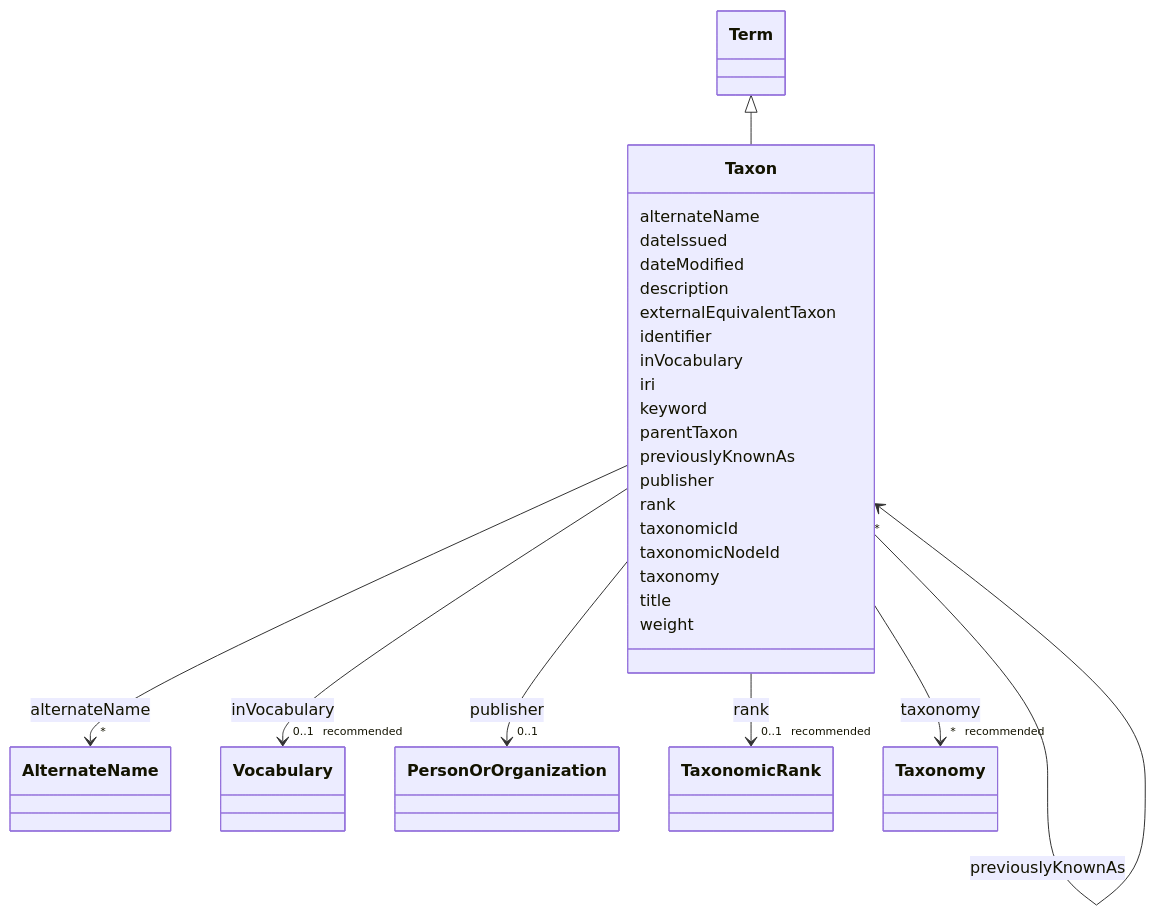
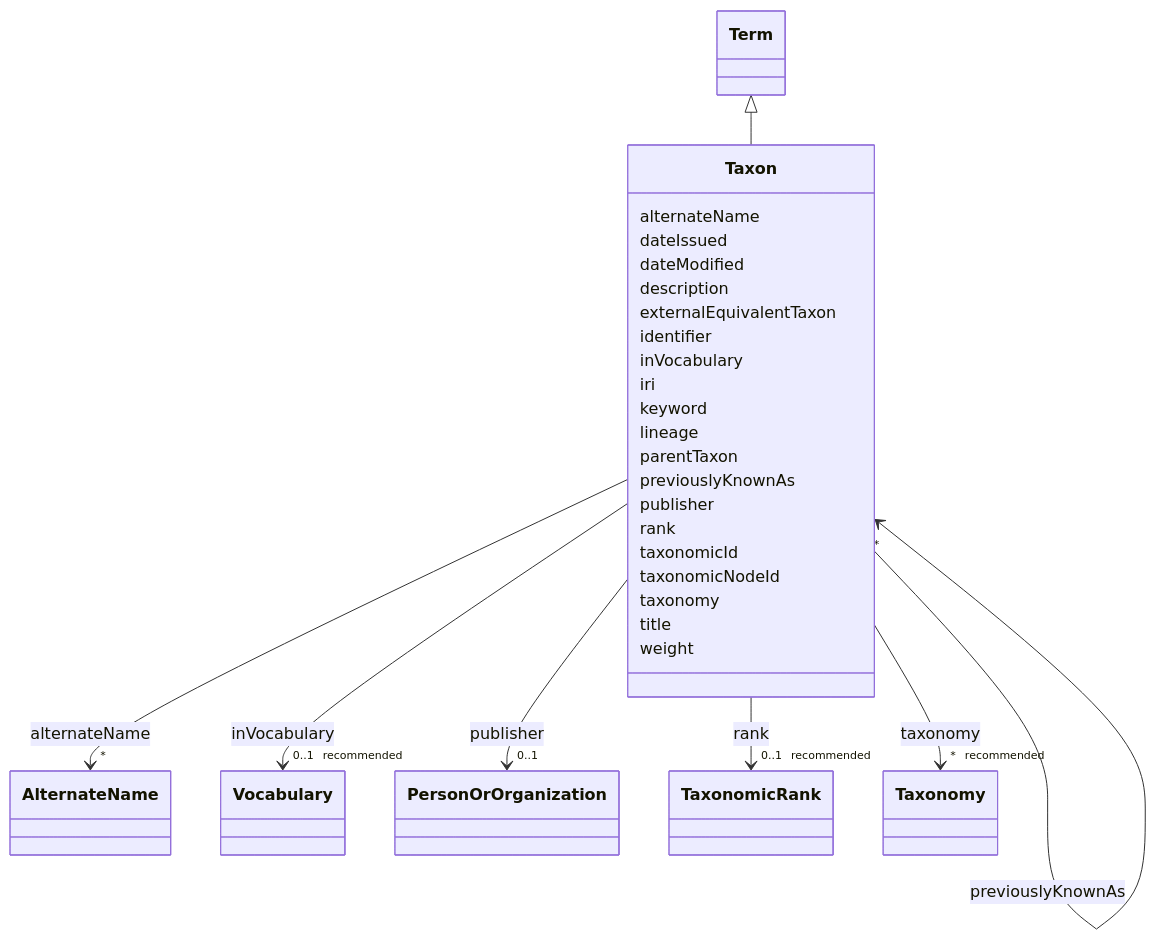
The diagram in models/docs/Taxon.md (EVORA-project/evora-ontology), drawn with Mermaid before and after one commit. The commit also changed other lines of this file and 189 other files, not shown here.

```diff
--- a/models/docs/Taxon.md
+++ b/models/docs/Taxon.md
@@ -61,6 +61,8 @@
       Taxon : iri
         
       Taxon : keyword
+        
+      Taxon : lineage
         
       Taxon : parentTaxon
         
```
